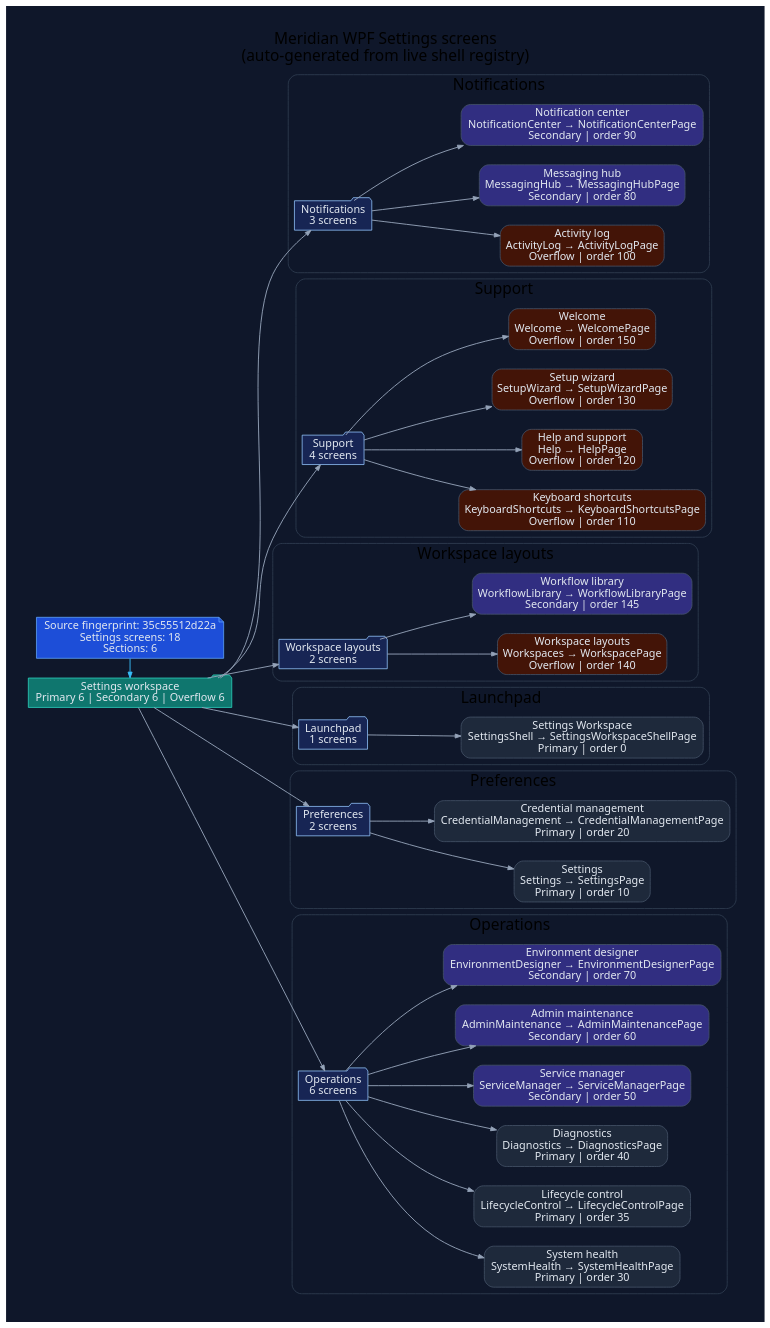
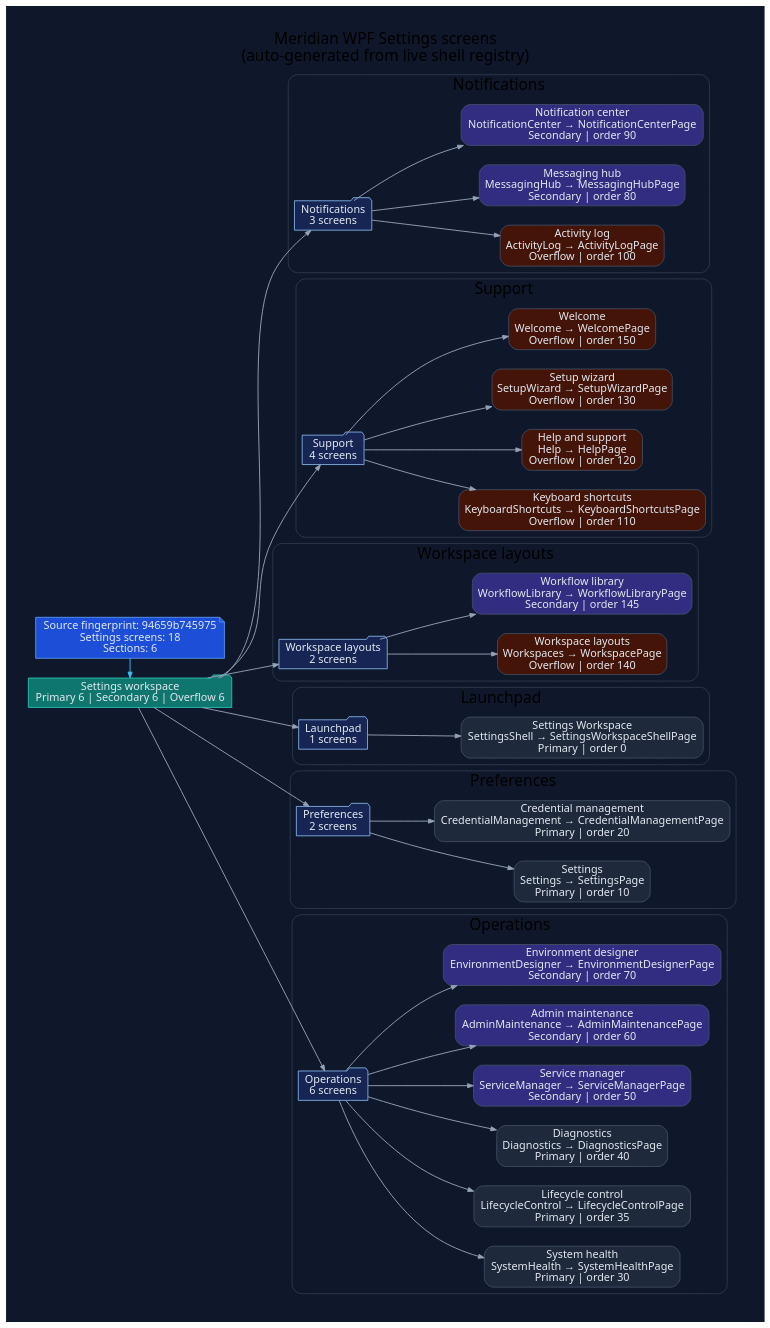
Before and after one commit to rodoHasArrived/Meridian-main: the diagram in docs/diagrams/ui/ui-wpf-screens-settings.dot, drawn with Graphviz. The commit also changed 68 other files, not shown here.

```diff
--- a/docs/diagrams/ui/ui-wpf-screens-settings.dot
+++ b/docs/diagrams/ui/ui-wpf-screens-settings.dot
@@ -1,110 +1,110 @@
 // -----------------------------------------------------------------------------
 // <auto-generated>
 // Generated by scripts/generate-diagrams.mjs.
 // Do not edit this file directly; update the WPF source files instead.
 // -----------------------------------------------------------------------------
 digraph WpfSettingsScreens {
   graph [
     rankdir=LR,
     labelloc=t,
     label="Meridian WPF Settings screens\n(auto-generated from live shell registry)",
     fontname="Segoe UI",
     fontsize=20,
     pad=0.4,
     nodesep=0.35,
     ranksep=0.85,
     bgcolor="#0f172a"
   ];
   node [fontname="Segoe UI", shape=box, style="rounded,filled", color="#475569", fontcolor="#e2e8f0", fillcolor="#1e293b"];
   edge [fontname="Segoe UI", color="#94a3b8", penwidth=1.2, arrowsize=0.75];
 
-  generated [shape=note, fillcolor="#1d4ed8", color="#60a5fa", label="Source fingerprint: 35c55512d22a\nSettings screens: 18\nSections: 6"];
+  generated [shape=note, fillcolor="#1d4ed8", color="#60a5fa", label="Source fingerprint: 94659b745975\nSettings screens: 18\nSections: 6"];
   workspace [shape=folder, fillcolor="#0f766e", color="#2dd4bf", label="Settings workspace\nPrimary 6 | Secondary 6 | Overflow 6"];
   generated -> workspace [color="#38bdf8"];
 
   subgraph cluster_section_1 {
     label="Notifications";
     color="#334155";
     style="rounded";
     section_1 [shape=folder, fillcolor="#172554", color="#93c5fd", label="Notifications\n3 screens"];
     workspace -> section_1;
     screen_ActivityLog [fillcolor="#431407", label="Activity log\nActivityLog → ActivityLogPage\nOverflow | order 100"];
     section_1 -> screen_ActivityLog;
     screen_MessagingHub [fillcolor="#312e81", label="Messaging hub\nMessagingHub → MessagingHubPage\nSecondary | order 80"];
     section_1 -> screen_MessagingHub;
     screen_NotificationCenter [fillcolor="#312e81", label="Notification center\nNotificationCenter → NotificationCenterPage\nSecondary | order 90"];
     section_1 -> screen_NotificationCenter;
   }
 
   subgraph cluster_section_2 {
     label="Support";
     color="#334155";
     style="rounded";
     section_2 [shape=folder, fillcolor="#172554", color="#93c5fd", label="Support\n4 screens"];
     workspace -> section_2;
     screen_KeyboardShortcuts [fillcolor="#431407", label="Keyboard shortcuts\nKeyboardShortcuts → KeyboardShortcutsPage\nOverflow | order 110"];
     section_2 -> screen_KeyboardShortcuts;
     screen_Help [fillcolor="#431407", label="Help and support\nHelp → HelpPage\nOverflow | order 120"];
     section_2 -> screen_Help;
     screen_SetupWizard [fillcolor="#431407", label="Setup wizard\nSetupWizard → SetupWizardPage\nOverflow | order 130"];
     section_2 -> screen_SetupWizard;
     screen_Welcome [fillcolor="#431407", label="Welcome\nWelcome → WelcomePage\nOverflow | order 150"];
     section_2 -> screen_Welcome;
   }
 
   subgraph cluster_section_3 {
     label="Workspace layouts";
     color="#334155";
     style="rounded";
     section_3 [shape=folder, fillcolor="#172554", color="#93c5fd", label="Workspace layouts\n2 screens"];
     workspace -> section_3;
     screen_Workspaces [fillcolor="#431407", label="Workspace layouts\nWorkspaces → WorkspacePage\nOverflow | order 140"];
     section_3 -> screen_Workspaces;
     screen_WorkflowLibrary [fillcolor="#312e81", label="Workflow library\nWorkflowLibrary → WorkflowLibraryPage\nSecondary | order 145"];
     section_3 -> screen_WorkflowLibrary;
   }
 
   subgraph cluster_section_4 {
     label="Launchpad";
     color="#334155";
     style="rounded";
     section_4 [shape=folder, fillcolor="#172554", color="#93c5fd", label="Launchpad\n1 screens"];
     workspace -> section_4;
     screen_SettingsShell [fillcolor="#1e293b", label="Settings Workspace\nSettingsShell → SettingsWorkspaceShellPage\nPrimary | order 0"];
     section_4 -> screen_SettingsShell;
   }
 
   subgraph cluster_section_5 {
     label="Preferences";
     color="#334155";
     style="rounded";
     section_5 [shape=folder, fillcolor="#172554", color="#93c5fd", label="Preferences\n2 screens"];
     workspace -> section_5;
     screen_Settings [fillcolor="#1e293b", label="Settings\nSettings → SettingsPage\nPrimary | order 10"];
     section_5 -> screen_Settings;
     screen_CredentialManagement [fillcolor="#1e293b", label="Credential management\nCredentialManagement → CredentialManagementPage\nPrimary | order 20"];
     section_5 -> screen_CredentialManagement;
   }
 
   subgraph cluster_section_6 {
     label="Operations";
     color="#334155";
     style="rounded";
     section_6 [shape=folder, fillcolor="#172554", color="#93c5fd", label="Operations\n6 screens"];
     workspace -> section_6;
     screen_SystemHealth [fillcolor="#1e293b", label="System health\nSystemHealth → SystemHealthPage\nPrimary | order 30"];
     section_6 -> screen_SystemHealth;
     screen_LifecycleControl [fillcolor="#1e293b", label="Lifecycle control\nLifecycleControl → LifecycleControlPage\nPrimary | order 35"];
     section_6 -> screen_LifecycleControl;
     screen_Diagnostics [fillcolor="#1e293b", label="Diagnostics\nDiagnostics → DiagnosticsPage\nPrimary | order 40"];
     section_6 -> screen_Diagnostics;
     screen_ServiceManager [fillcolor="#312e81", label="Service manager\nServiceManager → ServiceManagerPage\nSecondary | order 50"];
     section_6 -> screen_ServiceManager;
     screen_AdminMaintenance [fillcolor="#312e81", label="Admin maintenance\nAdminMaintenance → AdminMaintenancePage\nSecondary | order 60"];
     section_6 -> screen_AdminMaintenance;
     screen_EnvironmentDesigner [fillcolor="#312e81", label="Environment designer\nEnvironmentDesigner → EnvironmentDesignerPage\nSecondary | order 70"];
     section_6 -> screen_EnvironmentDesigner;
   }
 
   { rank=min; generated; workspace; }
 }
```
